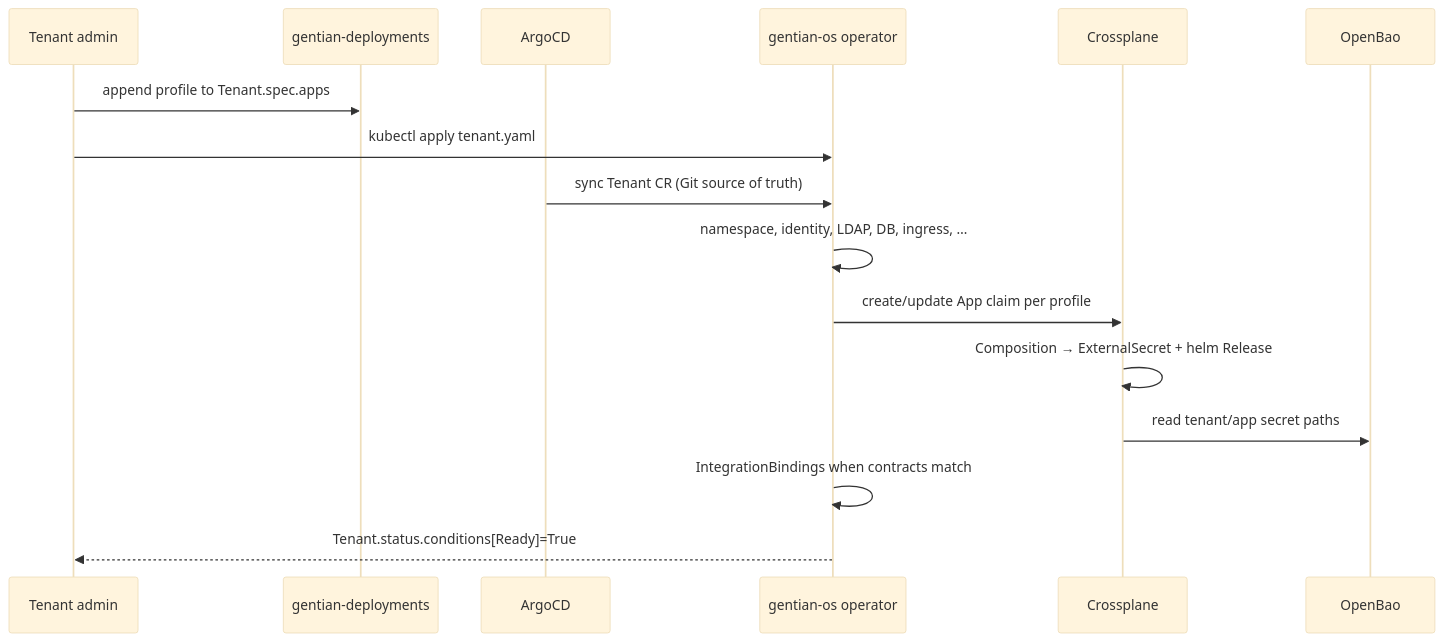
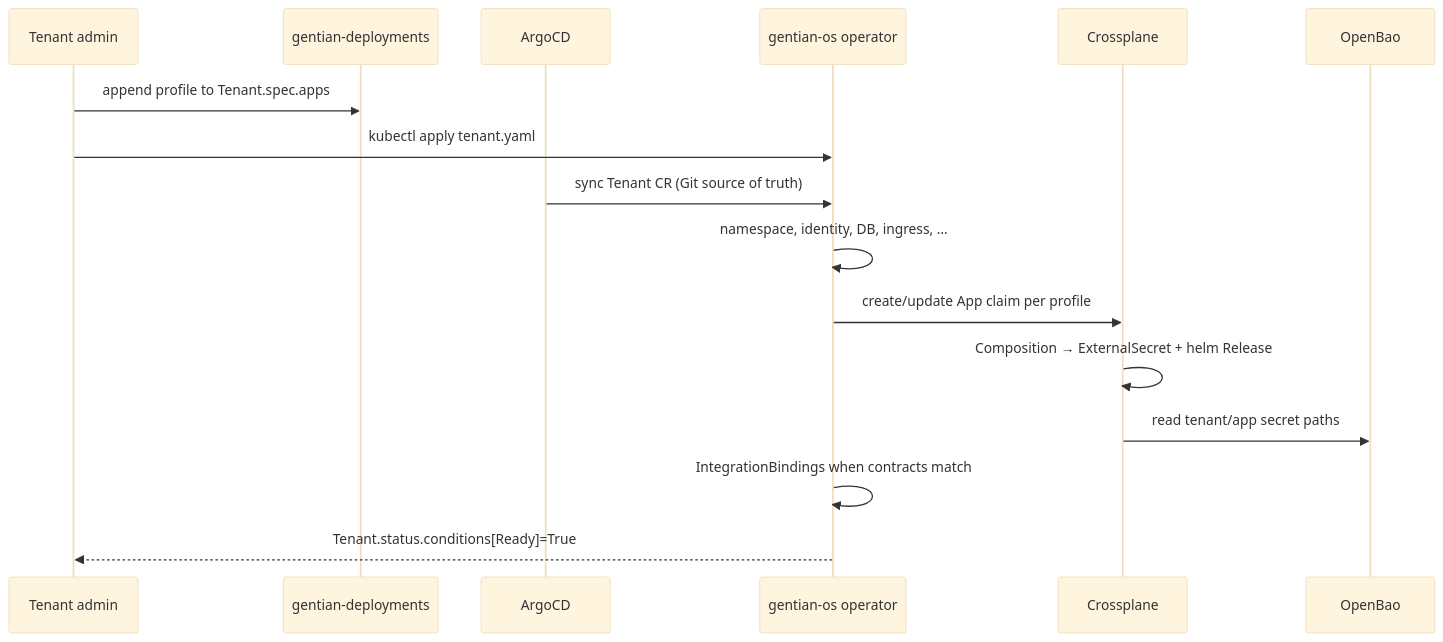
One commit to gentian-org/gentian-os changed the diagram in docs/design/app-catalogue.md. Above: the diagram before and after it, drawn with Mermaid (base theme). The commit also changed other lines of this file and 104 other files, not shown here.

First line of the commit message:
Remove legacy kernel stacks and document Gentian Cloud OS architecture.

````diff
--- a/docs/design/app-catalogue.md
+++ b/docs/design/app-catalogue.md
@@ -252,19 +247,19 @@
 ```mermaid
 sequenceDiagram
     participant U as Tenant admin
     participant Git as gentian-deployments
     participant AC as ArgoCD
     participant OP as gentian-os operator
     participant XP as Crossplane
     participant OB as OpenBao
 
     U->>Git: append profile to Tenant.spec.apps
     U->>OP: kubectl apply tenant.yaml
     AC->>OP: sync Tenant CR (Git source of truth)
-    OP->>OP: namespace, identity, LDAP, DB, ingress, …
+    OP->>OP: namespace, identity, DB, ingress, …
     OP->>XP: create/update App claim per profile
     XP->>XP: Composition → ExternalSecret + helm Release
     XP->>OB: read tenant/app secret paths
     OP->>OP: IntegrationBindings when contracts match
     OP-->>U: Tenant.status.conditions[Ready]=True
 ```
````
